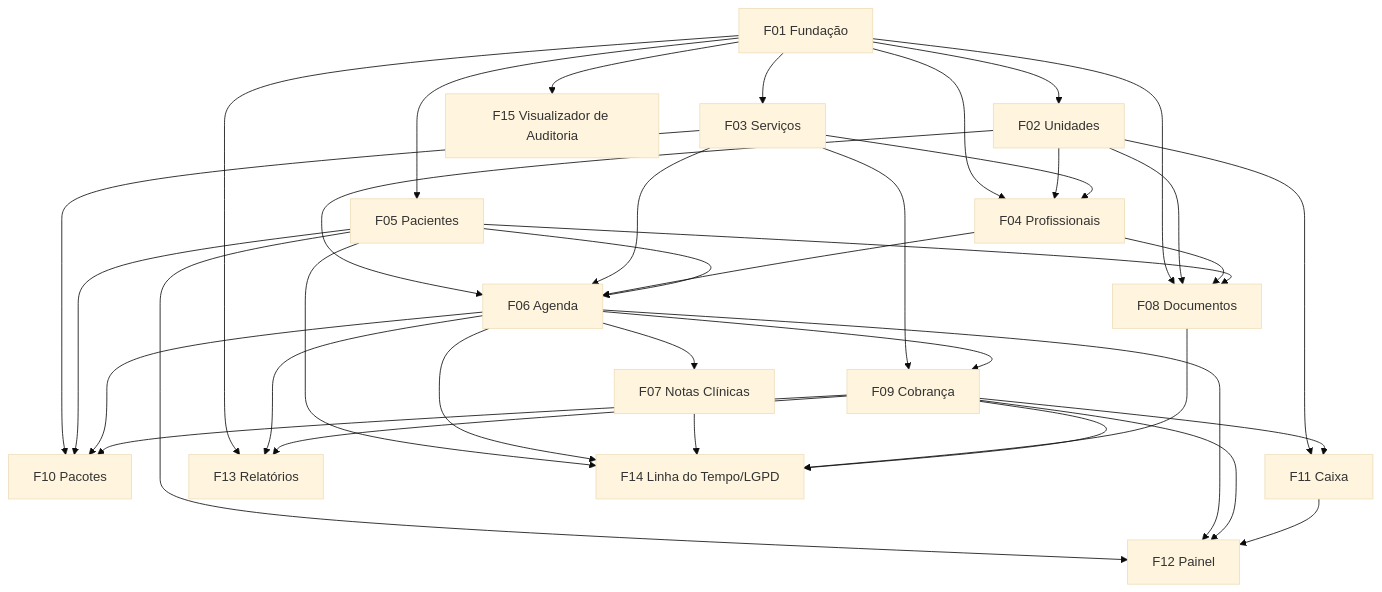
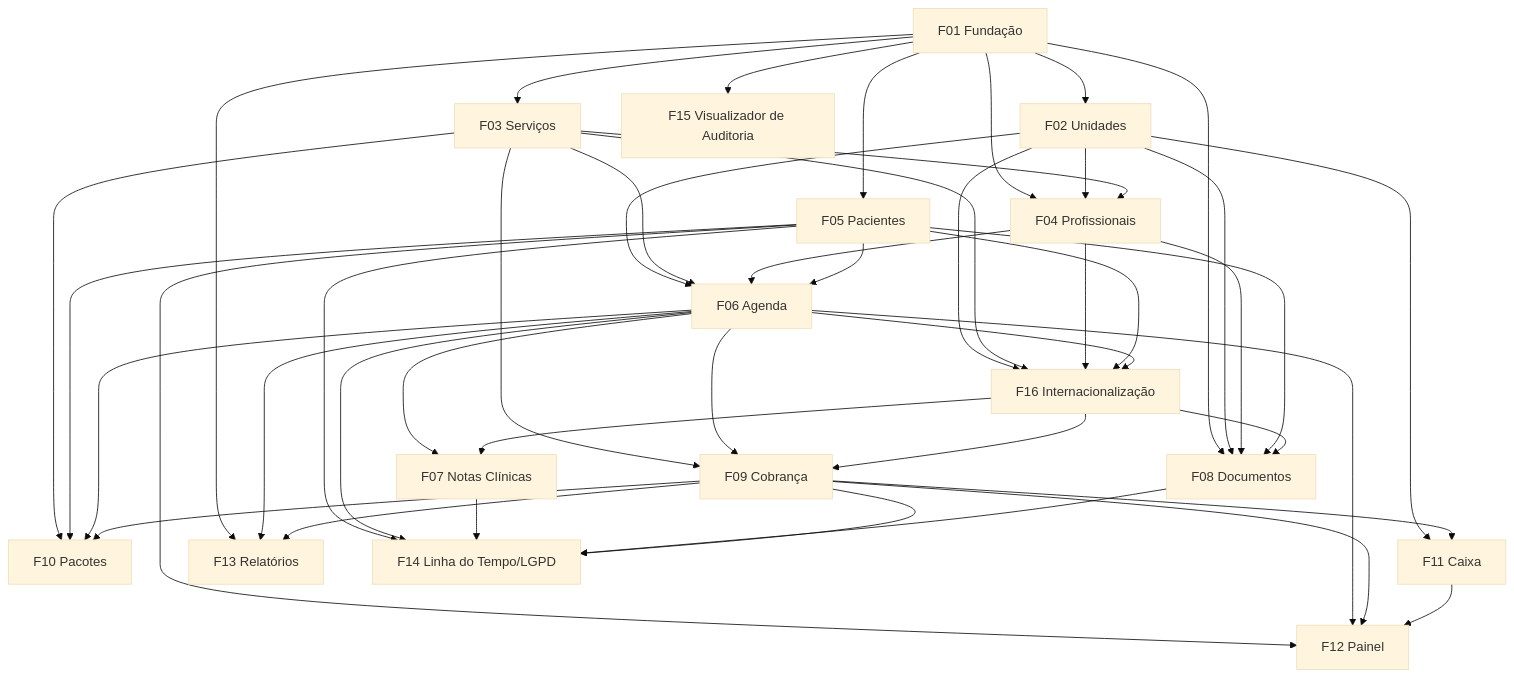
Before and after one commit to dennysvf/GCli: the diagram in docs/prd.pt-BR.md, drawn with Mermaid (base theme). The commit also changed other lines of this file and 1 other file, not shown here.

````diff
--- a/docs/prd.pt-BR.md
+++ b/docs/prd.pt-BR.md
@@ -806,39 +882,47 @@
 ```mermaid
 graph TD
   F01[F01 Fundação] --> F02[F02 Unidades]
   F01 --> F03[F03 Serviços]
   F01 --> F04[F04 Profissionais]
   F02 --> F04
   F03 --> F04
   F01 --> F05[F05 Pacientes]
   F02 --> F06[F06 Agenda]
   F03 --> F06
   F04 --> F06
   F05 --> F06
   F06 --> F07[F07 Notas Clínicas]
   F01 --> F08[F08 Documentos]
   F02 --> F08
   F04 --> F08
   F05 --> F08
   F03 --> F09[F09 Cobrança]
   F06 --> F09
   F03 --> F10[F10 Pacotes]
   F05 --> F10
   F06 --> F10
   F09 --> F10
   F02 --> F11[F11 Caixa]
   F09 --> F11
   F05 --> F12[F12 Painel]
   F06 --> F12
   F09 --> F12
   F11 --> F12
   F01 --> F13[F13 Relatórios]
   F06 --> F13
   F09 --> F13
   F05 --> F14[F14 Linha do Tempo/LGPD]
   F06 --> F14
   F07 --> F14
   F08 --> F14
   F09 --> F14
   F01 --> F15[F15 Visualizador de Auditoria]
+  F02 --> F16[F16 Internacionalização]
+  F03 --> F16
+  F04 --> F16
+  F05 --> F16
+  F06 --> F16
+  F16 --> F07
+  F16 --> F08
+  F16 --> F09
 ```
````
